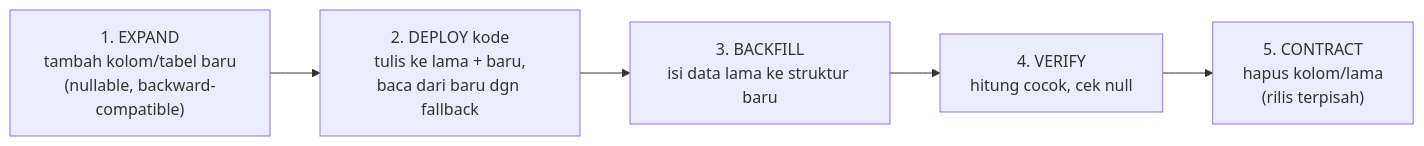
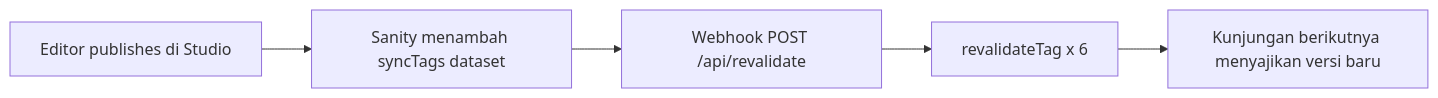
The diagram in docs/DEPLOYMENT.md (albiruby/melodialam-website), drawn with Mermaid before and after one commit. The commit also changed other lines of this file and 23 other files, not shown here.

````diff
--- a/docs/DEPLOYMENT.md
+++ b/docs/DEPLOYMENT.md
@@ -501,7 +507,7 @@
 ```mermaid
 flowchart LR
-  A["1. EXPAND<br/>tambah kolom/tabel baru<br/>(nullable, backward-compatible)"] --> B["2. DEPLOY kode<br/>tulis ke lama + baru,<br/>baca dari baru dgn fallback"]
-  B --> C["3. BACKFILL<br/>isi data lama ke struktur baru"]
-  C --> D["4. VERIFY<br/>hitung cocok, cek null"]
-  D --> E["5. CONTRACT<br/>hapus kolom/lama<br/>(rilis terpisah)"]
+  A["Editor publishes di Studio"] --> B["Sanity menambah syncTags dataset"]
+  B --> C["Webhook POST /api/revalidate"]
+  C --> D["revalidateTag x 6"]
+  D --> E["Kunjungan berikutnya menyajikan versi baru"]
 ```
````
